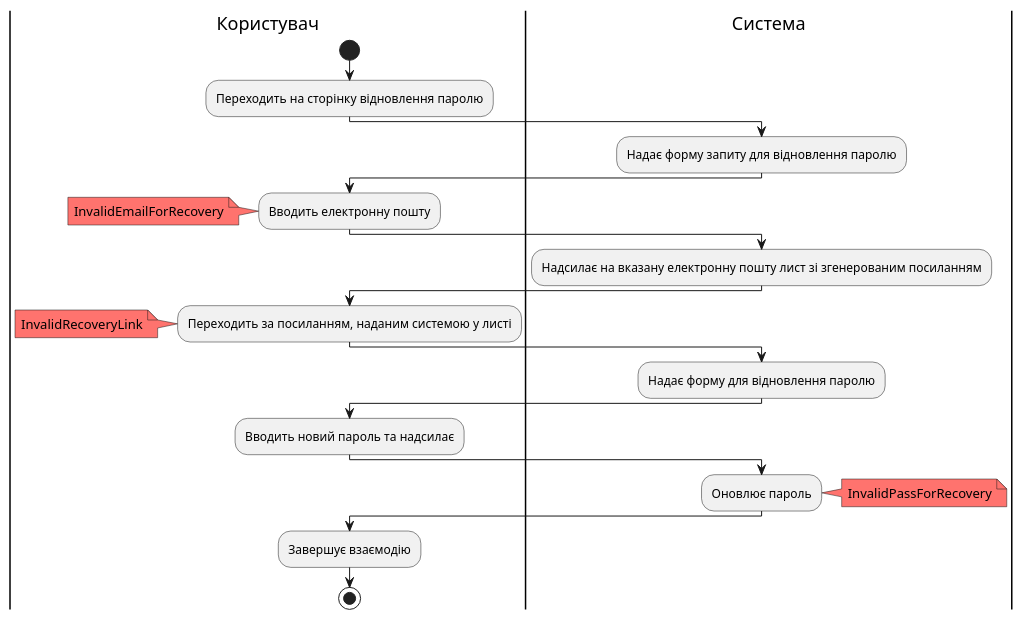
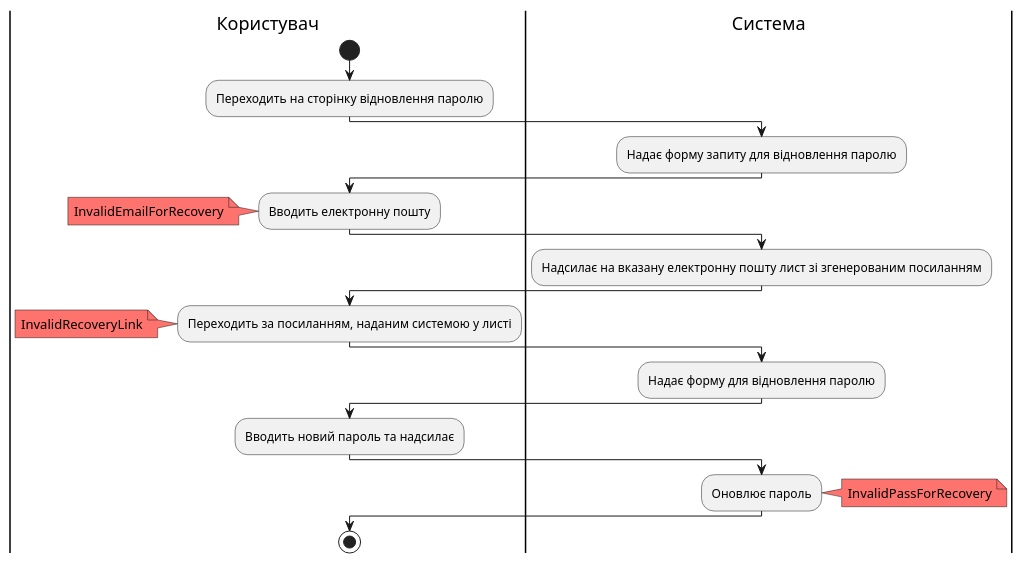
One commit to nonGratis/retarder-io-23-3 changed the eighth of 18 diagrams in docs/use cases/README.md. Above: the diagram before and after it, drawn with PlantUML. The commit also changed other lines of this file, not shown here.

Commit message:
Update UML diagrams for use cases

```diff
--- a/docs/use cases/README.md
+++ b/docs/use cases/README.md
@@ -231,31 +231,30 @@
 @startuml
 |Користувач|
     start
     :Переходить на сторінку відновлення паролю;
 |Система|
     :Надає форму запиту для відновлення паролю;
 |Користувач|
     :Вводить електронну пошту;
         note left #FF736E
             InvalidEmailForRecovery
         end note
 |Система|
     :Надсилає на вказану електронну пошту лист зі згенерованим посиланням;
 |Користувач|
     :Переходить за посиланням, наданим системою у листі;
         note left #FF736E
             InvalidRecoveryLink
         end note
 |Система|
     :Надає форму для відновлення паролю;
 |Користувач|
     :Вводить новий пароль та надсилає;
 |Система|
     :Оновлює пароль;
         note right #FF736E
             InvalidPassForRecovery
         end note
 |Користувач|
-    :Завершує взаємодію;
     stop
 @enduml
```
